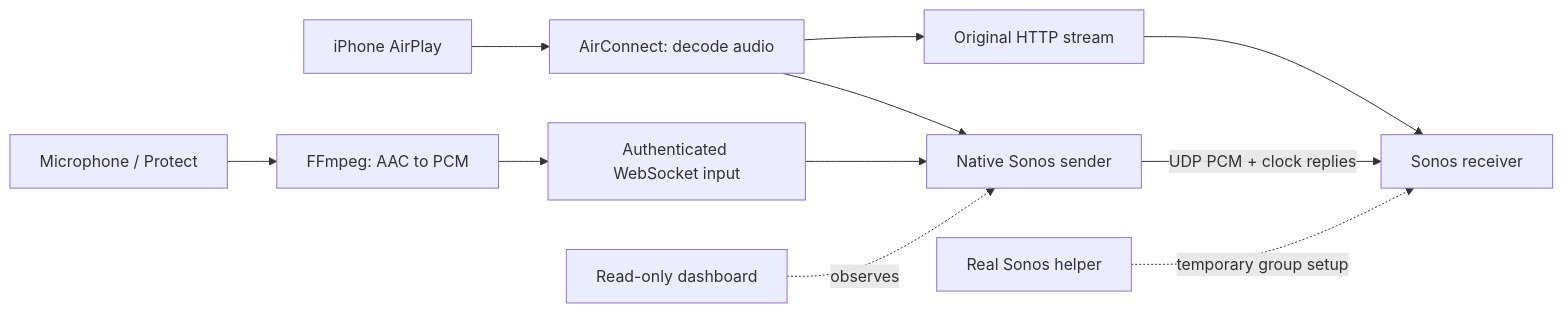
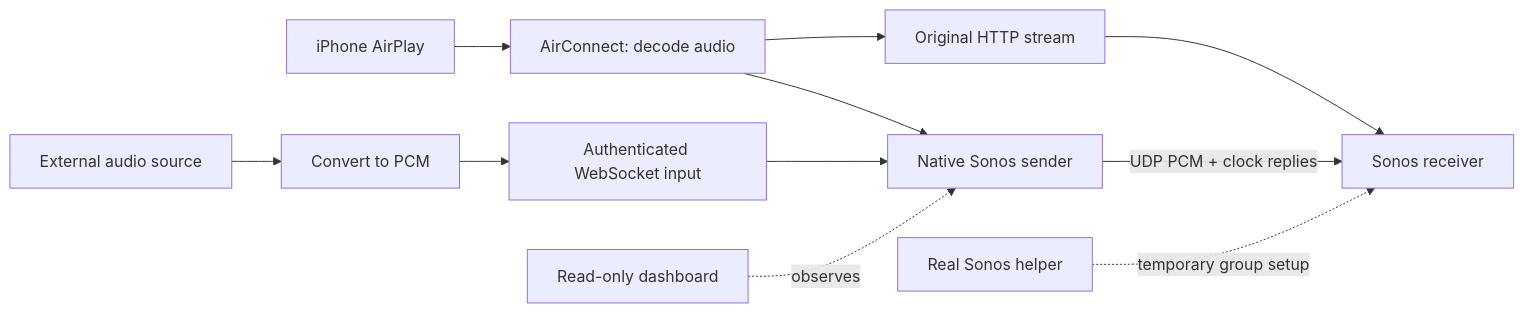
Before and after one commit to thomasdye12/AirConnect-Sonos: the diagram in README.md, drawn with Mermaid. The commit also changed other lines of this file and 14 other files, not shown here.

````diff
--- a/README.md
+++ b/README.md
@@ -31,13 +31,13 @@
 ```mermaid
 flowchart LR
     I[iPhone AirPlay] --> A[AirConnect: decode audio]
-    M[Microphone / Protect] --> F[FFmpeg: AAC to PCM]
+    M[External audio source] --> F[Convert to PCM]
     F --> W[Authenticated WebSocket input]
     W --> N[Native Sonos sender]
     A --> N
     A --> H[Original HTTP stream]
     H --> S[Sonos receiver]
     N -->|UDP PCM + clock replies| S
     C[Real Sonos helper] -. temporary group setup .-> S
     D[Read-only dashboard] -. observes .-> N
 ```
````
